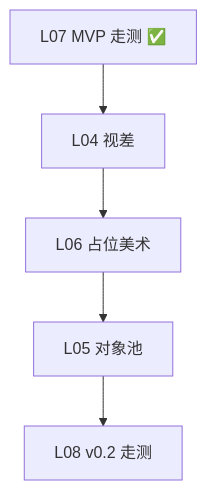
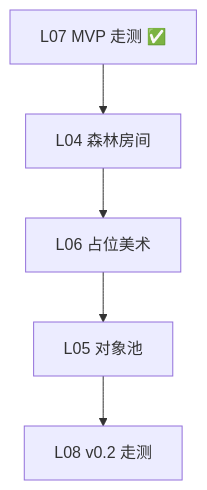
One commit to 3dsfgs/Gforest-resonance changed the diagram in doc/任务/P0-v0.2-视觉与性能开发任务.md. Above: the diagram before and after it, drawn with Mermaid. The commit also changed other lines of this file and 228 other files, not shown here.

Commit message:
feat: 最新修改 将地图关卡修改为 元气骑士的类似 房间风格 参照  |  这里的房间可能需要修改 先提交，后续修改

````diff
--- a/doc/任务/P0-v0.2-视觉与性能开发任务.md
+++ b/doc/任务/P0-v0.2-视觉与性能开发任务.md
@@ -51,7 +52,7 @@
 ```mermaid
 flowchart TD
-    L07[L07 MVP 走测 ✅] --> L04[L04 视差]
+    L07[L07 MVP 走测 ✅] --> L04[L04 森林房间]
     L04 --> L06[L06 占位美术]
     L06 --> L05[L05 对象池]
     L05 --> L08[L08 v0.2 走测]
 ```
````
